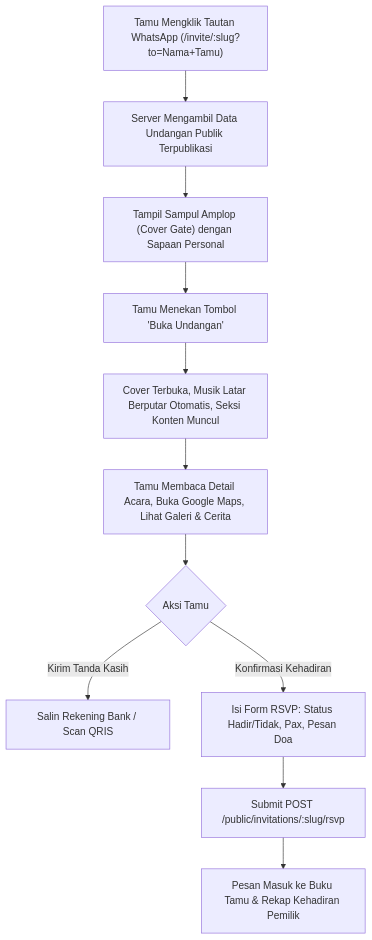
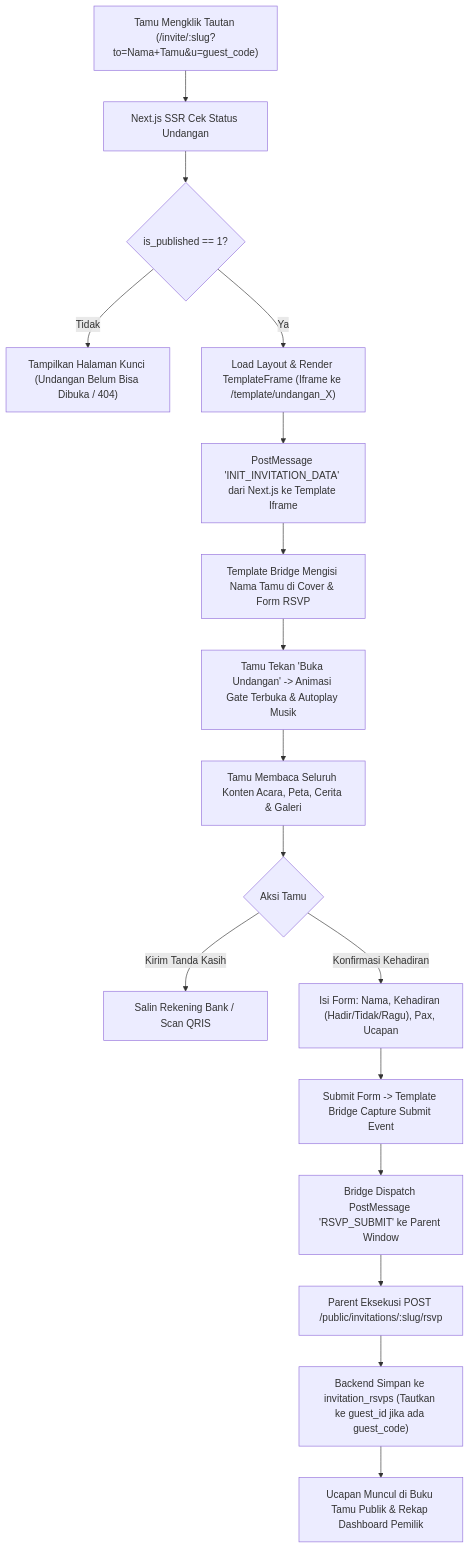
The sixth of 11 diagrams in docs/BUSINESS_FLOW.md (maszaen/infomase), drawn with Mermaid before and after one commit. The commit also changed other lines of this file and 21 other files, not shown here.

Commit message:
feat(frontend): integrate CI4 backend proxy, auth sync, live slug validator, and multi-invitation isolation

````diff
--- a/docs/BUSINESS_FLOW.md
+++ b/docs/BUSINESS_FLOW.md
@@ -120,13 +157,19 @@
 ```mermaid
 flowchart TD
-    A["Tamu Mengklik Tautan WhatsApp (/invite/:slug?to=Nama+Tamu)"] --> B["Server Mengambil Data Undangan Publik Terpublikasi"]
-    B --> C["Tampil Sampul Amplop (Cover Gate) dengan Sapaan Personal"]
-    C --> D["Tamu Menekan Tombol 'Buka Undangan'"]
-    D --> E["Cover Terbuka, Musik Latar Berputar Otomatis, Seksi Konten Muncul"]
-    E --> F["Tamu Membaca Detail Acara, Buka Google Maps, Lihat Galeri & Cerita"]
-    F --> G{"Aksi Tamu"}
-    G -- "Kirim Tanda Kasih" --> H["Salin Rekening Bank / Scan QRIS"]
-    G -- "Konfirmasi Kehadiran" --> I["Isi Form RSVP: Status Hadir/Tidak, Pax, Pesan Doa"]
-    I --> J["Submit POST /public/invitations/:slug/rsvp"]
-    J --> K["Pesan Masuk ke Buku Tamu & Rekap Kehadiran Pemilik"]
+    A["Tamu Mengklik Tautan (/invite/:slug?to=Nama+Tamu&u=guest_code)"] --> B["Next.js SSR Cek Status Undangan"]
+    B --> C{"is_published == 1?"}
+    C -- "Tidak" --> D["Tampilkan Halaman Kunci (Undangan Belum Bisa Dibuka / 404)"]
+    C -- "Ya" --> E["Load Layout & Render TemplateFrame (Iframe ke /template/undangan_X)"]
+    E --> F["PostMessage 'INIT_INVITATION_DATA' dari Next.js ke Template Iframe"]
+    F --> G["Template Bridge Mengisi Nama Tamu di Cover & Form RSVP"]
+    G --> H["Tamu Tekan 'Buka Undangan' -> Animasi Gate Terbuka & Autoplay Musik"]
+    H --> I["Tamu Membaca Seluruh Konten Acara, Peta, Cerita & Galeri"]
+    I --> J{"Aksi Tamu"}
+    J -- "Kirim Tanda Kasih" --> K["Salin Rekening Bank / Scan QRIS"]
+    J -- "Konfirmasi Kehadiran" --> L["Isi Form: Nama, Kehadiran (Hadir/Tidak/Ragu), Pax, Ucapan"]
+    L --> M["Submit Form -> Template Bridge Capture Submit Event"]
+    M --> N["Bridge Dispatch PostMessage 'RSVP_SUBMIT' ke Parent Window"]
+    N --> O["Parent Eksekusi POST /public/invitations/:slug/rsvp"]
+    O --> P["Backend Simpan ke invitation_rsvps (Tautkan ke guest_id jika ada guest_code)"]
+    P --> Q["Ucapan Muncul di Buku Tamu Publik & Rekap Dashboard Pemilik"]
 ```
````
